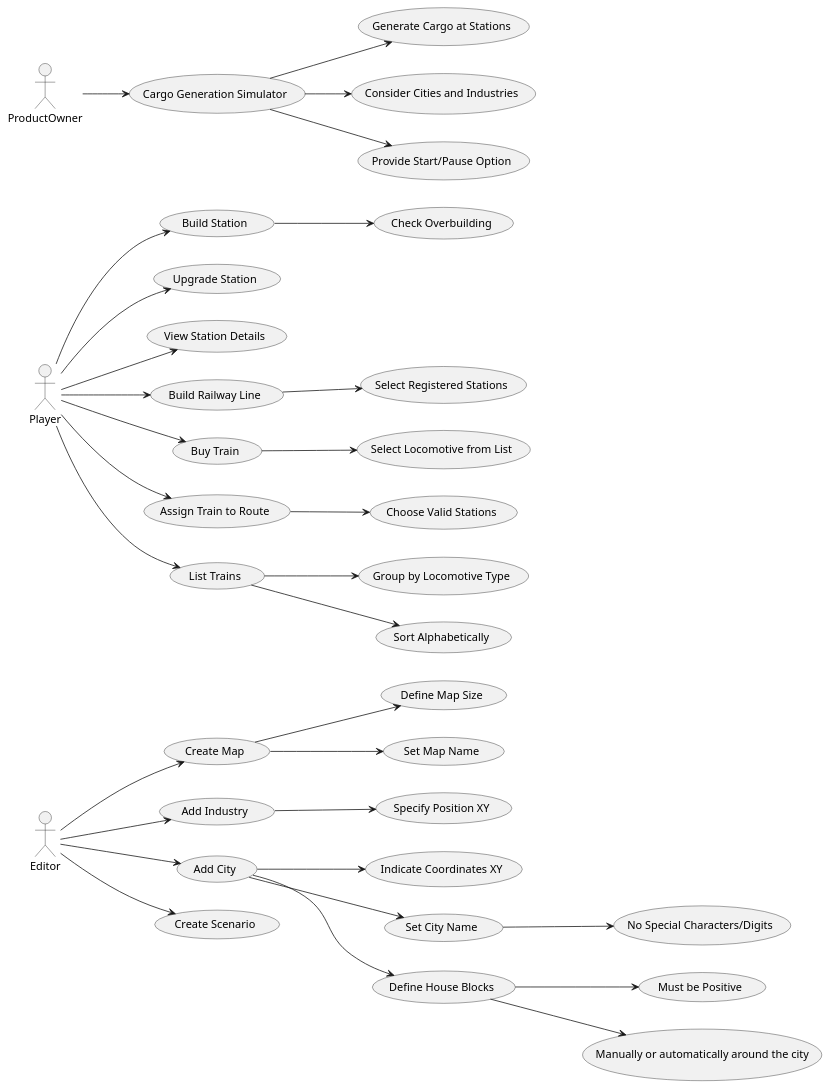
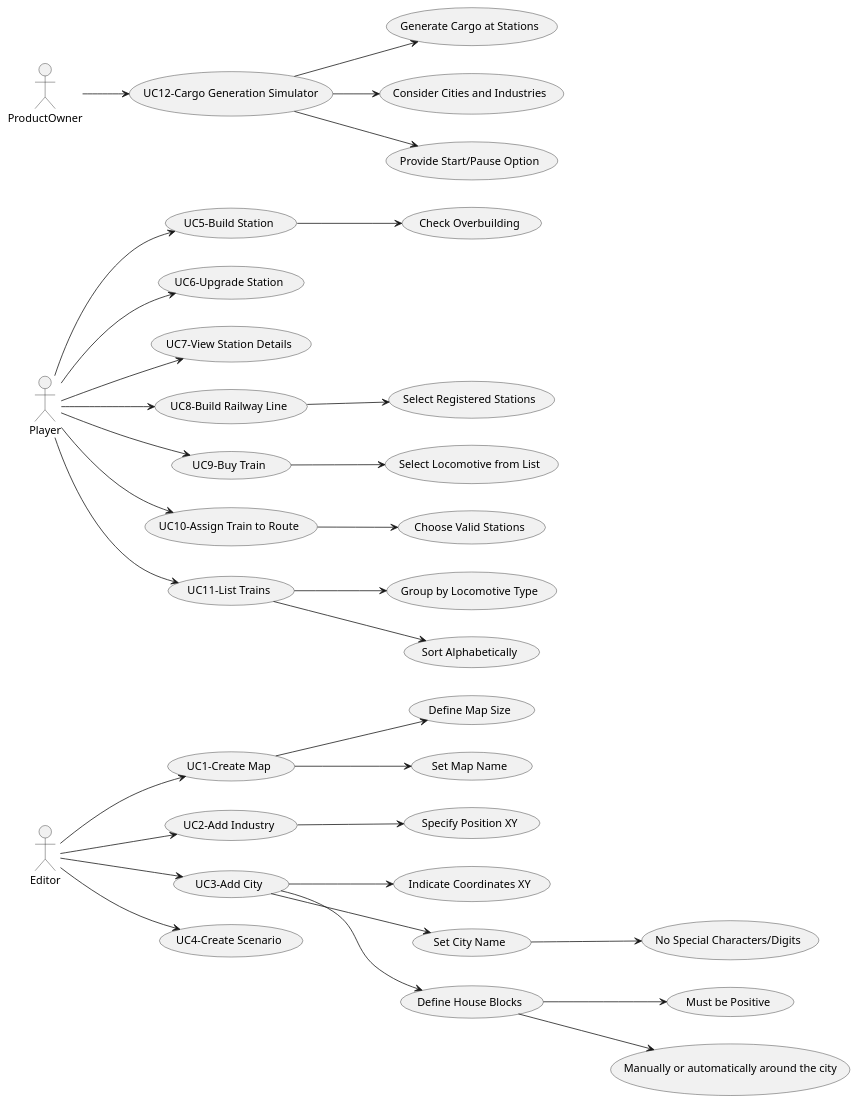
The diagram in docs/system-documentation/global-artifacts/01.requirements-engineering/puml/UCD.puml (1240826/empire-on-tracks), drawn with PlantUML before and after one commit. The commit also changed 1 other file, not shown here.

Commit message:
ucd upgrade

```diff
--- a/docs/system-documentation/global-artifacts/01.requirements-engineering/puml/UCD.puml
+++ b/docs/system-documentation/global-artifacts/01.requirements-engineering/puml/UCD.puml
@@ -1,45 +1,45 @@
 @startuml
 left to right direction
 'https://plantuml.com/use-case-diagram
 
 actor Editor
 actor Player
 actor ProductOwner
 
-Editor --> (Create Map)
-Editor --> (Add Industry)
-Editor --> (Add City)
-Editor --> (Create Scenario)
+Editor --> (UC1-Create Map)
+Editor --> (UC2-Add Industry)
+Editor --> (UC3-Add City)
+Editor --> (UC4-Create Scenario)
 
-(Create Map) --> (Define Map Size)
-(Create Map) --> (Set Map Name)
-(Add Industry) --> (Specify Position XY)
-(Add City) --> (Indicate Coordinates XY)
-(Add City) --> (Set City Name)
-(Add City) --> (Define House Blocks)
+(UC1-Create Map) --> (Define Map Size)
+(UC1-Create Map) --> (Set Map Name)
+(UC2-Add Industry) --> (Specify Position XY)
+(UC3-Add City) --> (Indicate Coordinates XY)
+(UC3-Add City) --> (Set City Name)
+(UC3-Add City) --> (Define House Blocks)
 (Set City Name) --> (No Special Characters/Digits)
 (Define House Blocks) --> (Must be Positive)
 (Define House Blocks) --> (Manually or automatically around the city)
 
-Player --> (Build Station)
-Player --> (Upgrade Station)
-Player --> (View Station Details)
-Player --> (Build Railway Line)
-Player --> (Buy Train)
-Player --> (Assign Train to Route)
-Player --> (List Trains)
+Player --> (UC5-Build Station)
+Player --> (UC6-Upgrade Station)
+Player --> (UC7-View Station Details)
+Player --> (UC8-Build Railway Line)
+Player --> (UC9-Buy Train)
+Player --> (UC10-Assign Train to Route)
+Player --> (UC11-List Trains)
 
-(Build Station) --> (Check Overbuilding)
-(Build Railway Line) --> (Select Registered Stations)
-(Buy Train) --> (Select Locomotive from List)
-(Assign Train to Route) --> (Choose Valid Stations)
-(List Trains) --> (Group by Locomotive Type)
-(List Trains) --> (Sort Alphabetically)
+(UC5-Build Station) --> (Check Overbuilding)
+(UC8-Build Railway Line) --> (Select Registered Stations)
+(UC9-Buy Train) --> (Select Locomotive from List)
+(UC10-Assign Train to Route) --> (Choose Valid Stations)
+(UC11-List Trains) --> (Group by Locomotive Type)
+(UC11-List Trains) --> (Sort Alphabetically)
 
-ProductOwner --> (Cargo Generation Simulator)
-(Cargo Generation Simulator) --> (Generate Cargo at Stations)
-(Cargo Generation Simulator) --> (Consider Cities and Industries)
-(Cargo Generation Simulator) --> (Provide Start/Pause Option)
+ProductOwner --> (UC12-Cargo Generation Simulator)
+(UC12-Cargo Generation Simulator) --> (Generate Cargo at Stations)
+(UC12-Cargo Generation Simulator) --> (Consider Cities and Industries)
+(UC12-Cargo Generation Simulator) --> (Provide Start/Pause Option)
 
 
 @enduml
```
